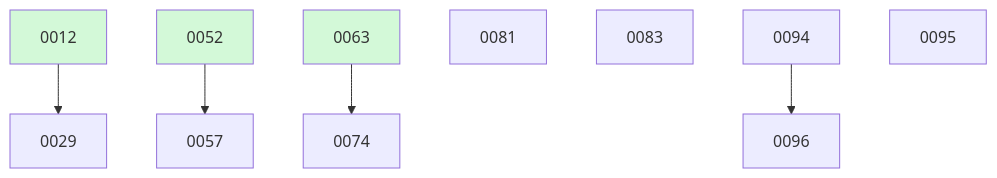
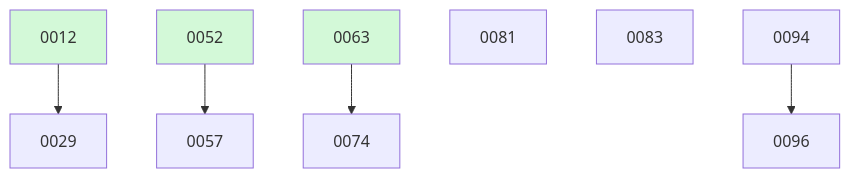
One commit to ethanhinson/fuse changed the diagram in docs/changes/BOARD.md. Above: the diagram before and after it, drawn with Mermaid. The commit also changed other lines of this file and 4 other files, not shown here.

````diff
--- a/docs/changes/BOARD.md
+++ b/docs/changes/BOARD.md
@@ -33,15 +32,14 @@
 ```mermaid
 graph TD
   0012 --> 0029
   0052 --> 0057
   0063 --> 0074
   0081
   0083
   0094
-  0095
   0094 --> 0096
   0012:::done
   0052:::done
   0063:::done
   classDef done fill:#d3f9d8;
 ```
````
